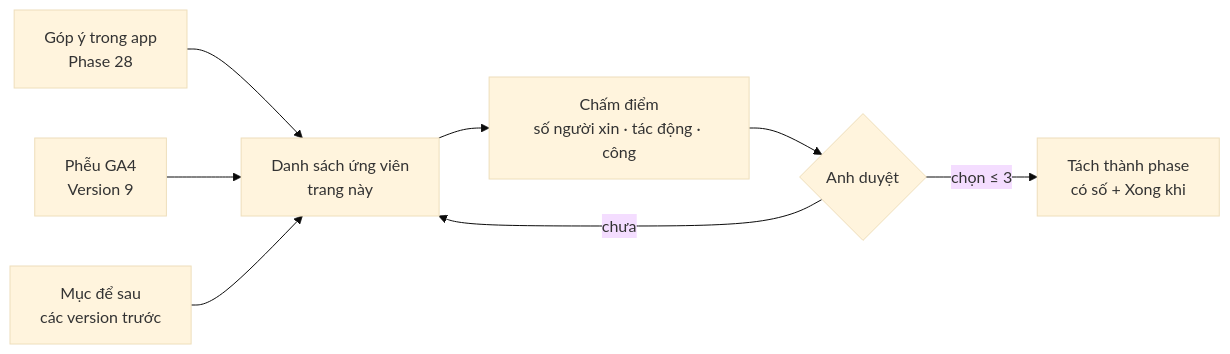
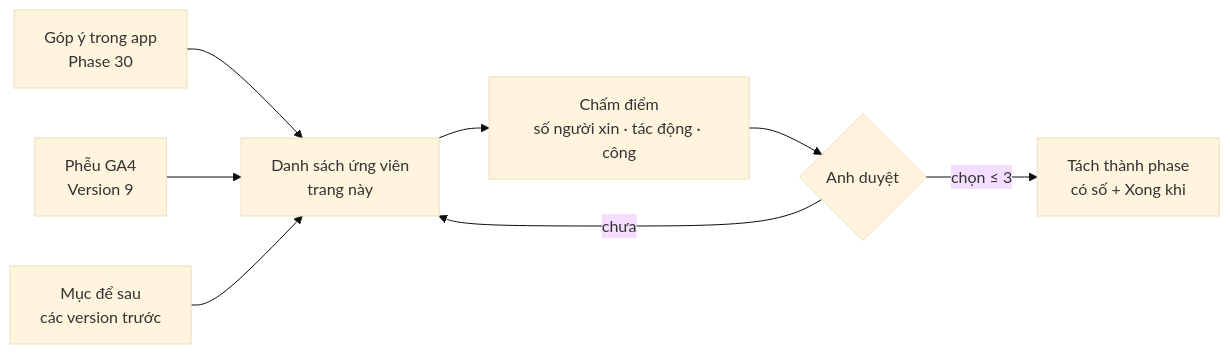
Before and after one commit to nvminhtu/niche-radar-docs: the diagram in docs/web/version-12.md, drawn with Mermaid (base theme). The commit also changed other lines of this file and 298 other files, not shown here.

````diff
--- a/docs/web/version-12.md
+++ b/docs/web/version-12.md
@@ -16,10 +16,10 @@
 ```mermaid
 flowchart LR
-  F[Góp ý trong app<br/>Phase 28] --> L[Danh sách ứng viên<br/>trang này]
+  F[Góp ý trong app<br/>Phase 30] --> L[Danh sách ứng viên<br/>trang này]
   A[Phễu GA4<br/>Version 9] --> L
   O[Mục để sau<br/>các version trước] --> L
   L --> S[Chấm điểm<br/>số người xin · tác động · công]
   S --> D{Anh duyệt}
   D -->|chọn ≤ 3| P[Tách thành phase<br/>có số + Xong khi]
   D -->|chưa| L
 ```
````
